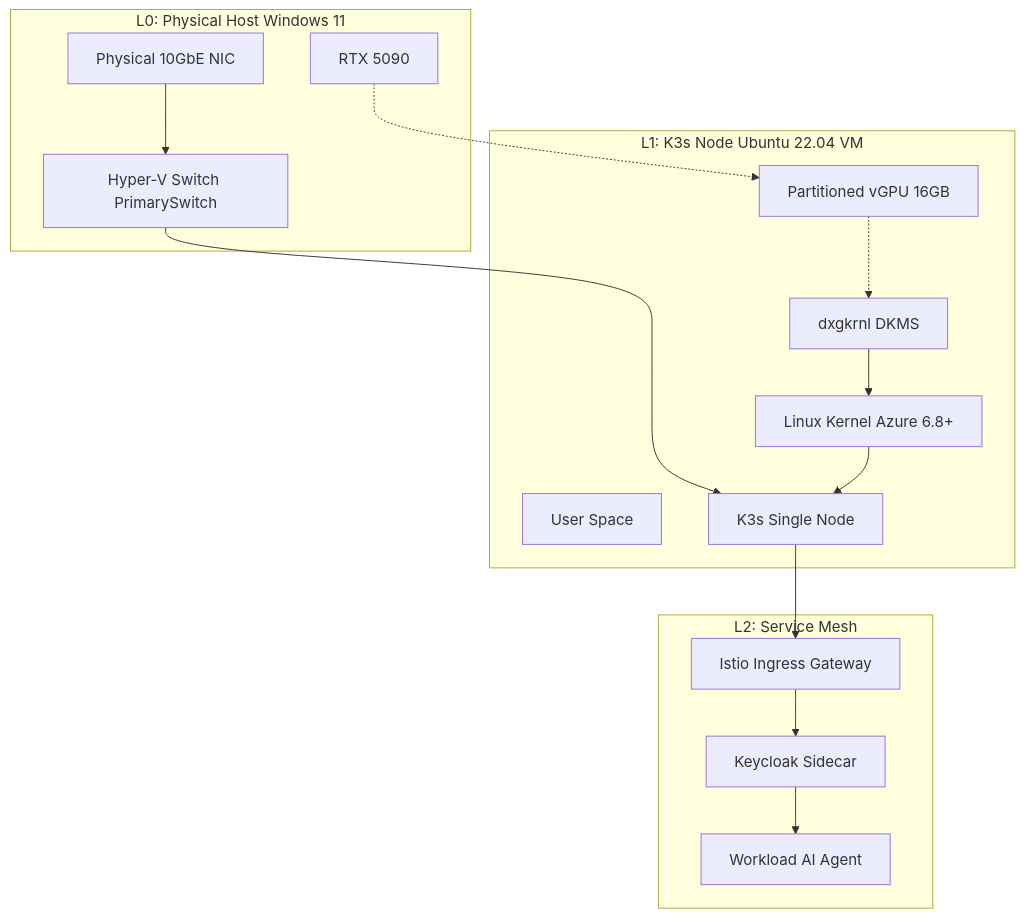
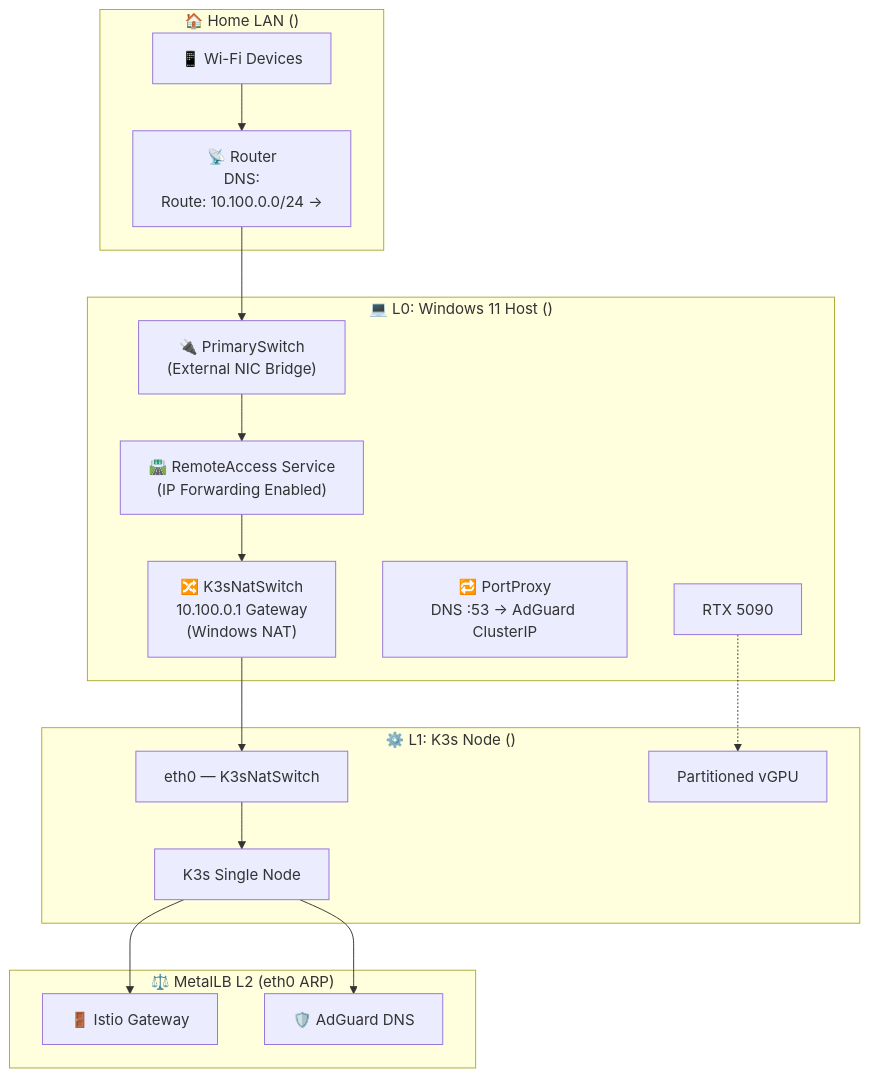
Before and after one commit to bbreckenridge/k3s-home-lab: the first of 4 diagrams in readme.md, drawn with Mermaid. The commit also changed other lines of this file and 9 other files, not shown here.

````diff
--- a/readme.md
+++ b/readme.md
@@ -29,32 +32,36 @@
 ```mermaid
 graph TD
-    subgraph Host [L0: Physical Host Windows 11]
-        NIC[Physical 10GbE NIC]
-        Switch[Hyper-V Switch PrimarySwitch]
+    subgraph LAN ["🏠 Home LAN (<YOUR-LAN-SUBNET>)"]
+        Router["📡 Router\nDNS: <HOST-PC-IP>\nRoute: 10.100.0.0/24 → <HOST-PC-IP>"]
+        WiFi["📱 Wi-Fi Devices"]
+    end
+
+    subgraph Host ["💻 L0: Windows 11 Host (<HOST-PC-IP>)"]
+        PrimarySwitch["🔌 PrimarySwitch\n(External NIC Bridge)"]
+        K3sNatSwitch["🔀 K3sNatSwitch\n10.100.0.1 Gateway\n(Windows NAT)"]
+        RemoteAccess["🛣️ RemoteAccess Service\n(IP Forwarding Enabled)"]
+        PortProxy["🔁 PortProxy\nDNS :53 → AdGuard ClusterIP"]
         GPU[RTX 5090]
     end
 
-    subgraph VM [L1: K3s Node Ubuntu 22.04 VM]
-        UseSpace[User Space]
-        Kernel[Linux Kernel Azure 6.8+]
-        Module[dxgkrnl DKMS]
-        vGPU[Partitioned vGPU 16GB]
+    subgraph VM ["⚙️ L1: K3s Node (<VM-IP>)"]
+        eth0["eth0 — K3sNatSwitch\n<K3S-NAT-ADAPTER-MAC>"]
         K3s[K3s Single Node]
+        vGPU["Partitioned vGPU"]
     end
 
-    subgraph ServiceMesh [L2: Service Mesh]
-        Ingress[Istio Ingress Gateway]
-        Auth[Keycloak Sidecar]
-        App[Workload AI Agent]
+    subgraph MetalLB ["⚖️ MetalLB L2 (eth0 ARP)"]
+        IstioVIP["🚪 Istio Gateway\n<INGRESS-IP>"]
+        AdGuardVIP["🛡️ AdGuard DNS\n<ADGUARD-IP>"]
     end
 
-    NIC --> Switch
-    Switch --> K3s
+    Router --> PrimarySwitch
+    WiFi --> Router
+    PrimarySwitch --> RemoteAccess
+    RemoteAccess --> K3sNatSwitch
+    K3sNatSwitch --> eth0
+    eth0 --> K3s
+    K3s --> IstioVIP
+    K3s --> AdGuardVIP
     GPU -.-> vGPU
-    vGPU -.-> Module
-    Module --> Kernel
-    Kernel --> K3s
-    K3s --> Ingress
-    Ingress --> Auth
-    Auth --> App
 ```
````
